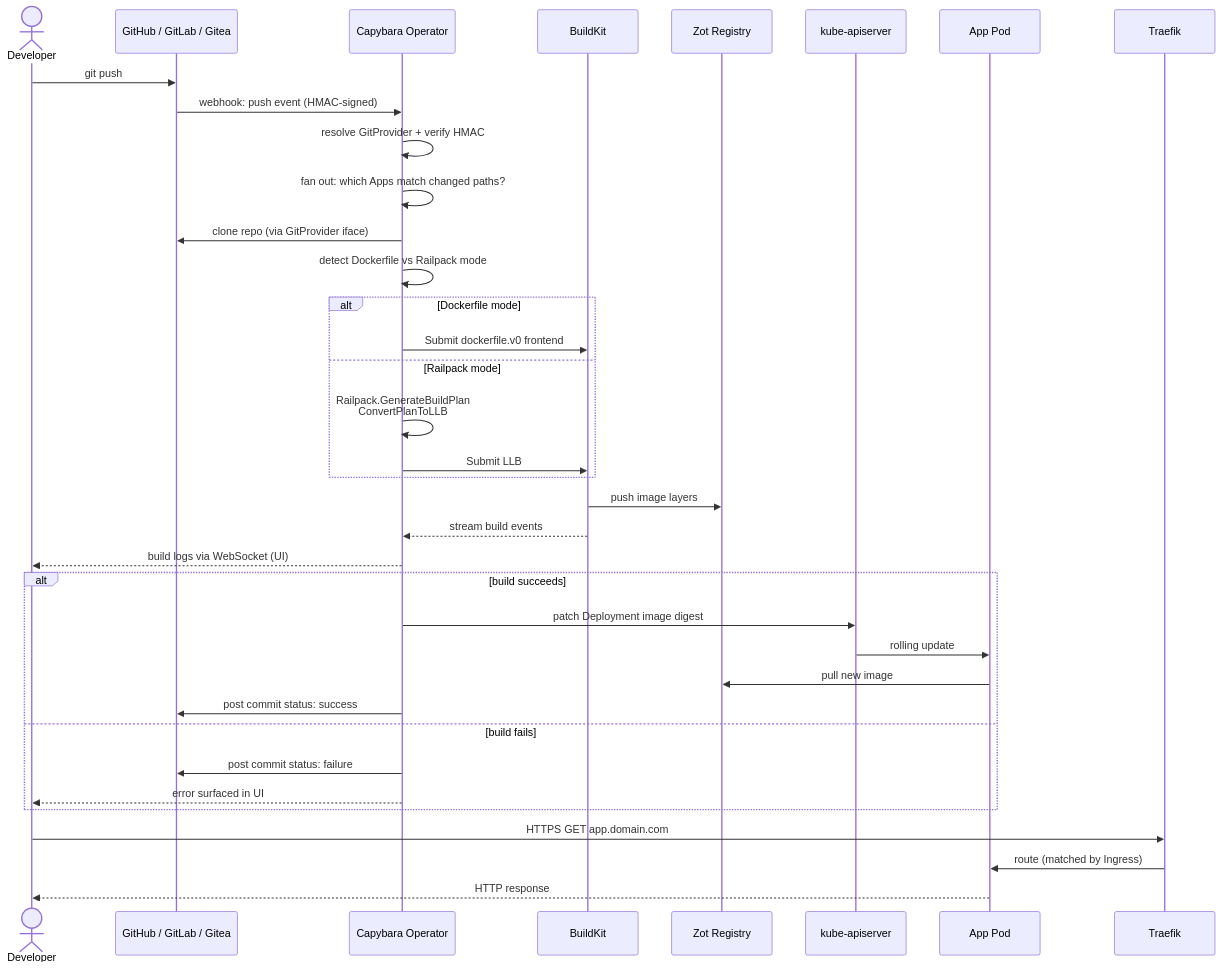
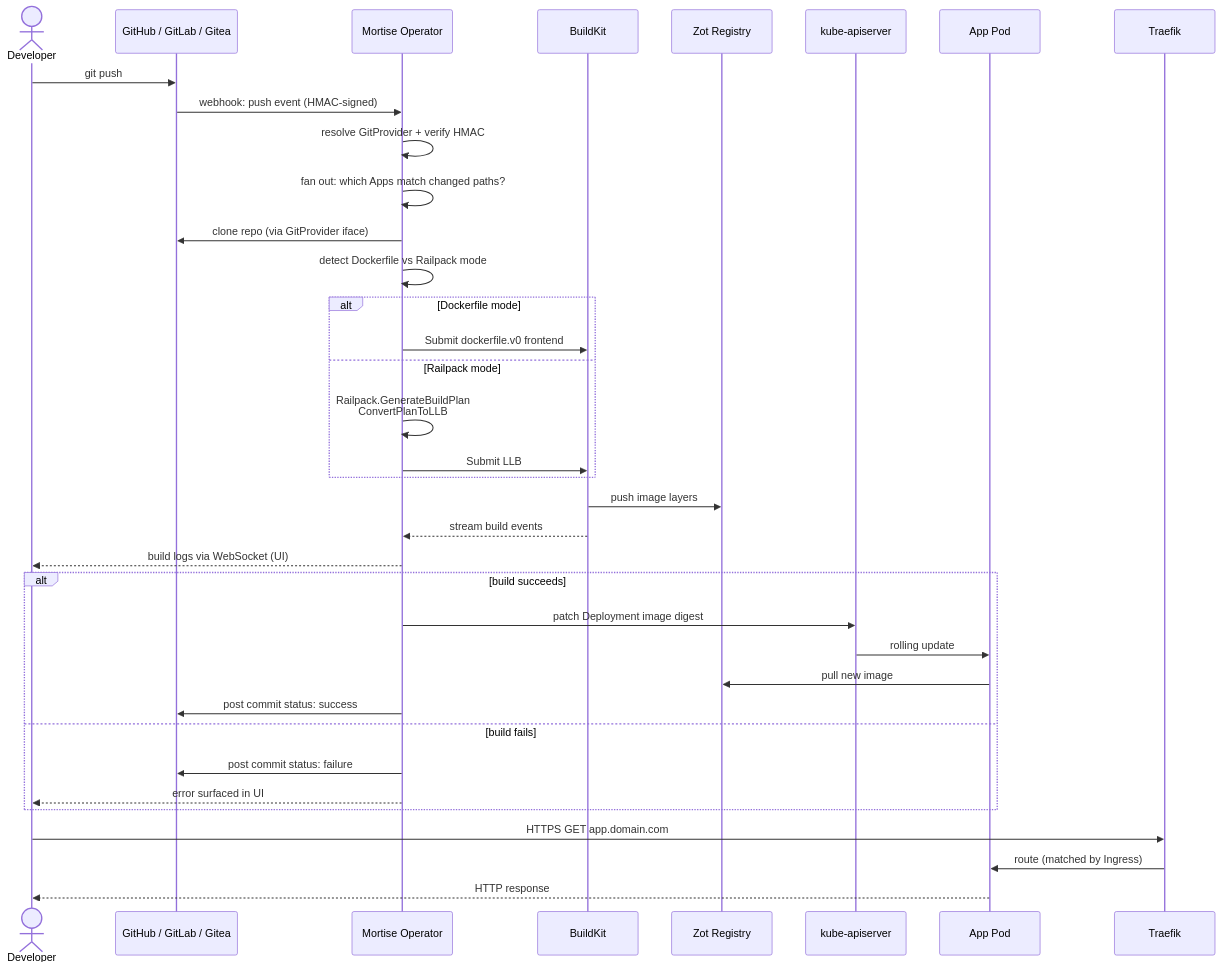
The second of 5 diagrams in ARCHITECTURE.md (mortise-org/mortise), drawn with Mermaid before and after one commit. The commit also changed other lines of this file and 2 other files, not shown here.

Commit message:
Rename Capybara → Mortise; addons are tenons (joinery metaphor)

````diff
--- a/ARCHITECTURE.md
+++ b/ARCHITECTURE.md
@@ -114,43 +114,43 @@
 ```mermaid
 sequenceDiagram
     actor Dev as Developer
     participant Git as GitHub / GitLab / Gitea
-    participant Op as Capybara Operator
+    participant Op as Mortise Operator
     participant BK as BuildKit
     participant Reg as Zot Registry
     participant K8s as kube-apiserver
     participant Pod as App Pod
     participant TF as Traefik
 
     Dev->>Git: git push
     Git->>Op: webhook: push event (HMAC-signed)
     Op->>Op: resolve GitProvider + verify HMAC
     Op->>Op: fan out: which Apps match changed paths?
     Op->>Git: clone repo (via GitProvider iface)
     Op->>Op: detect Dockerfile vs Railpack mode
 
     alt Dockerfile mode
         Op->>BK: Submit dockerfile.v0 frontend
     else Railpack mode
         Op->>Op: Railpack.GenerateBuildPlan<br/>ConvertPlanToLLB
         Op->>BK: Submit LLB
     end
 
     BK->>Reg: push image layers
     BK-->>Op: stream build events
     Op-->>Dev: build logs via WebSocket (UI)
 
     alt build succeeds
         Op->>K8s: patch Deployment image digest
         K8s->>Pod: rolling update
         Pod->>Reg: pull new image
         Op->>Git: post commit status: success
     else build fails
         Op->>Git: post commit status: failure
         Op-->>Dev: error surfaced in UI
     end
 
     Dev->>TF: HTTPS GET app.domain.com
     TF->>Pod: route (matched by Ingress)
     Pod-->>Dev: HTTP response
 ```
````
